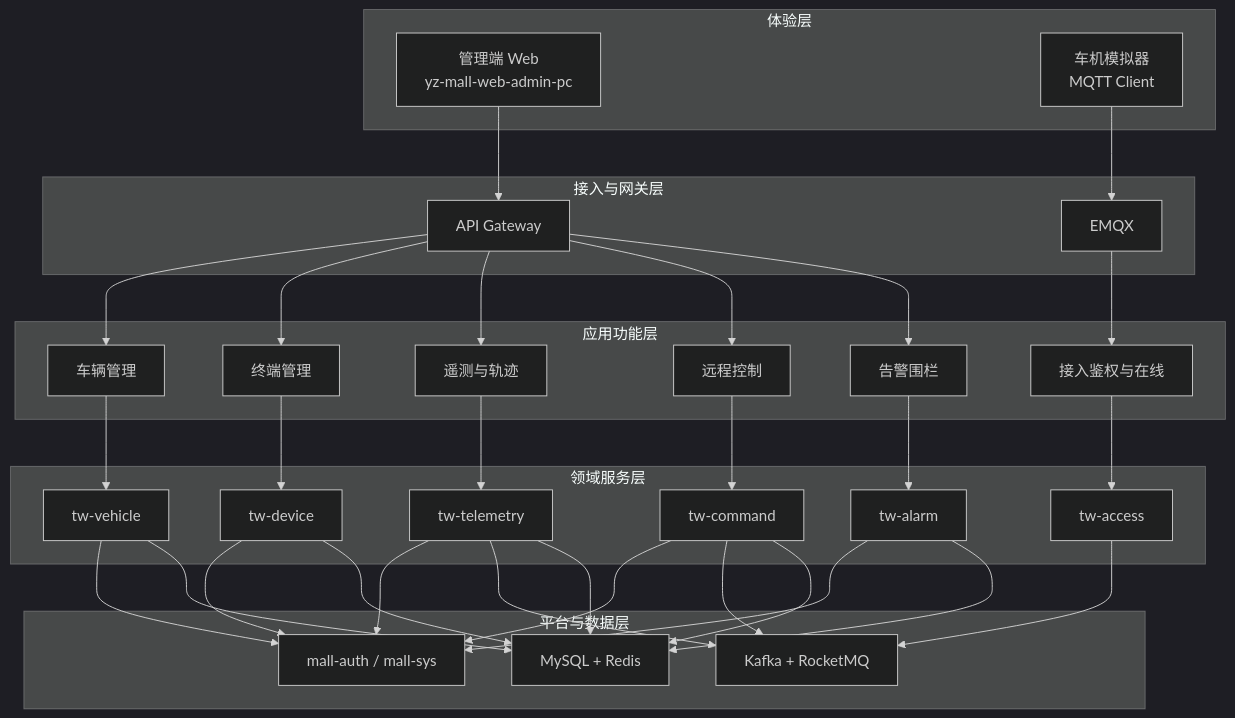
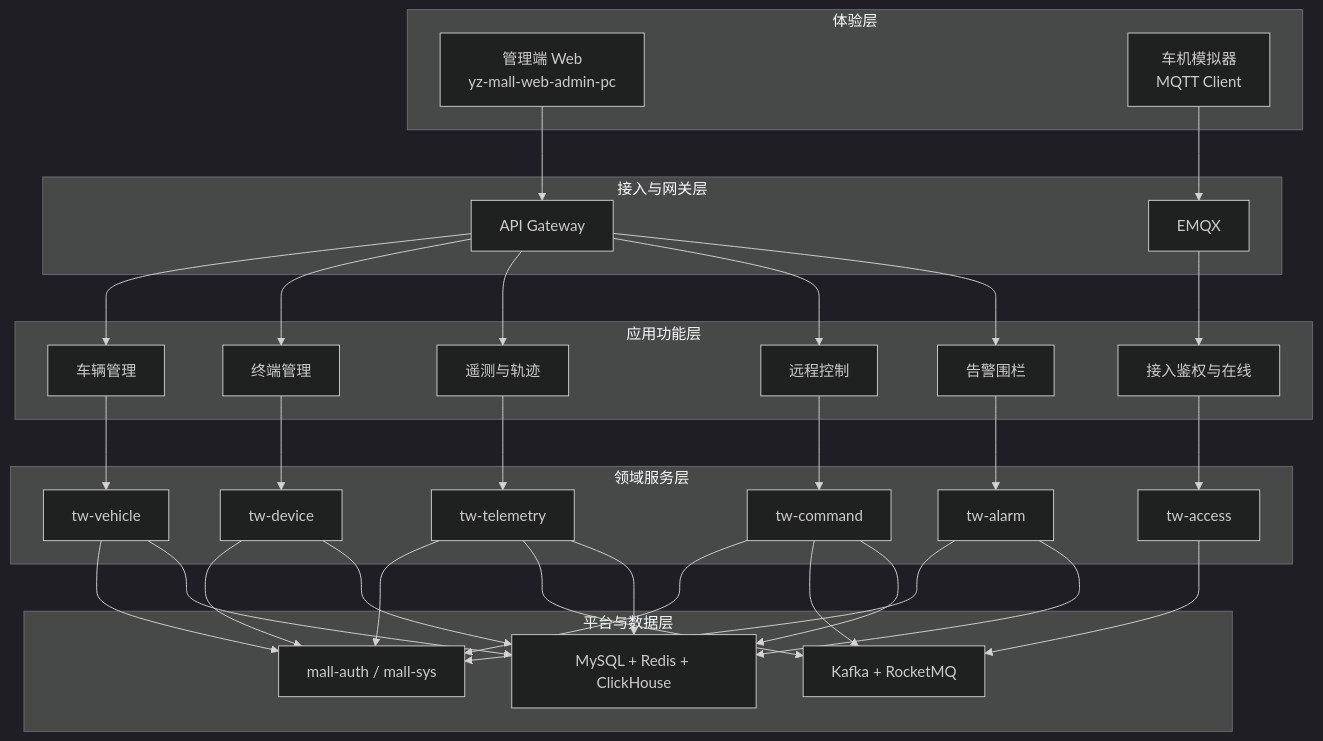
Before and after one commit to codeyunze/yz-mall: the second of 6 diagrams in docs/prepare/功能模块规划.md, drawn with Mermaid (dark theme). The commit also changed other lines of this file and 51 other files, not shown here.

````diff
--- a/docs/prepare/功能模块规划.md
+++ b/docs/prepare/功能模块规划.md
@@ -50,50 +50,50 @@
 ```mermaid
 flowchart TB
   subgraph L1["体验层"]
     PC["管理端 Web<br/>yz-mall-web-admin-pc"]
     Sim["车机模拟器<br/>MQTT Client"]
   end
 
   subgraph L2["接入与网关层"]
     GW["API Gateway"]
     EMQX["EMQX"]
   end
 
   subgraph L3["应用功能层"]
     F1["车辆管理"]
     F2["终端管理"]
     F3["接入鉴权与在线"]
     F4["遥测与轨迹"]
     F5["远程控制"]
     F6["告警围栏"]
   end
 
   subgraph L4["领域服务层"]
     S1["tw-vehicle"]
     S2["tw-device"]
     S3["tw-access"]
     S4["tw-telemetry"]
     S5["tw-command"]
     S6["tw-alarm"]
   end
 
   subgraph L5["平台与数据层"]
     Auth["mall-auth / mall-sys"]
     MQ["Kafka + RocketMQ"]
-    DB["MySQL + Redis"]
+    DB["MySQL + Redis + ClickHouse"]
   end
 
   PC --> GW
   Sim --> EMQX
   GW --> F1 & F2 & F4 & F5 & F6
   EMQX --> F3
   F1 --> S1
   F2 --> S2
   F3 --> S3
   F4 --> S4
   F5 --> S5
   F6 --> S6
   S1 & S2 & S4 & S5 & S6 --> Auth
   S3 & S4 & S5 --> MQ
   S1 & S2 & S4 & S5 & S6 --> DB
 ```
````
